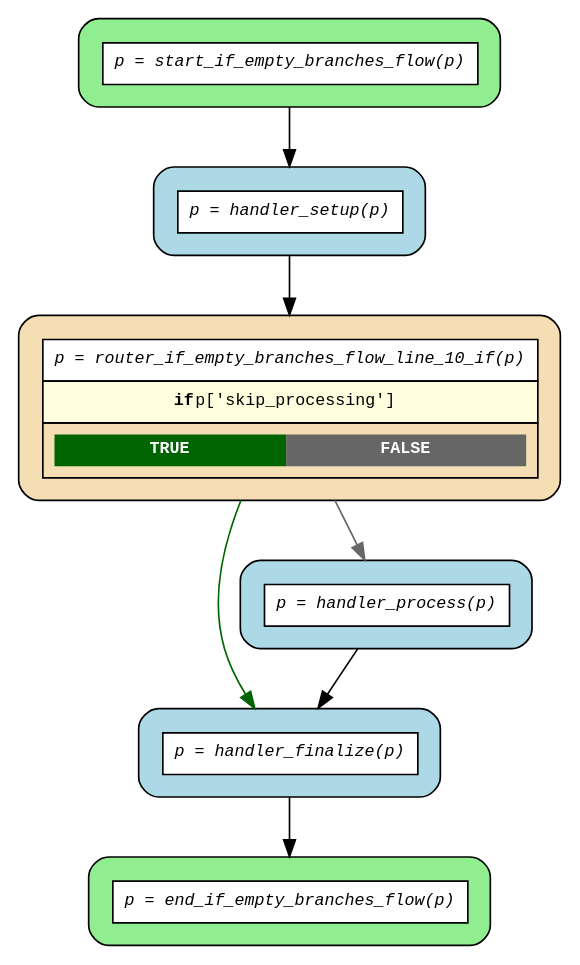
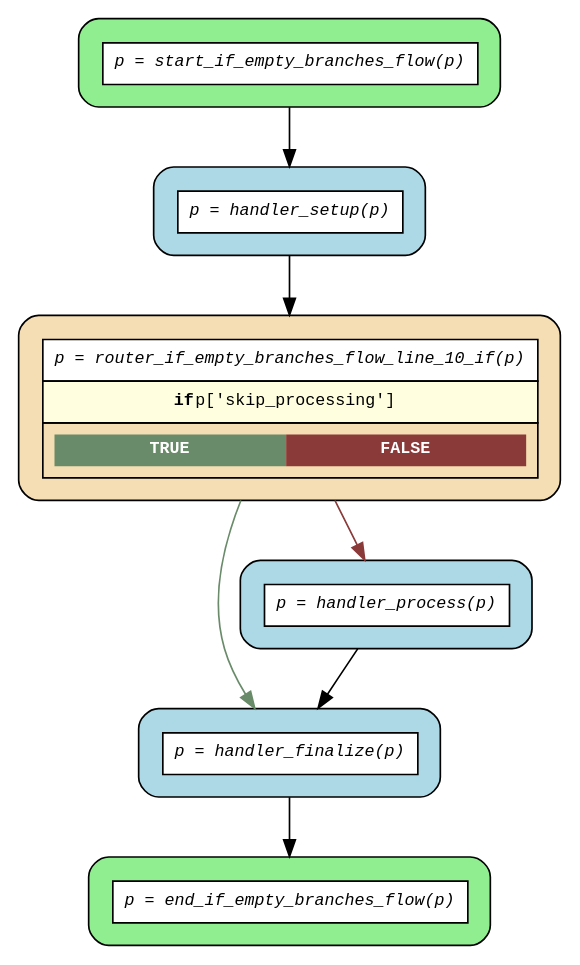
One commit to deliveryhero/asya changed the diagram in examples/flows/compiled/if_one_empty_branch/flow.dot. Above: the diagram before and after it, drawn with Graphviz. The commit also changed 59 other files, not shown here.

```diff
--- a/examples/flows/compiled/if_one_empty_branch/flow.dot
+++ b/examples/flows/compiled/if_one_empty_branch/flow.dot
@@ -1,20 +1,20 @@
 digraph flow {
   rankdir=TB;
   graph [fontname="Courier", fontsize=10];
   node [fontname="Courier", fontsize=10, shape=box, style="filled,rounded", margin="0.2"];
   edge [fontname="Courier", fontsize=10];
 
   start_if_empty_branches_flow [fillcolor="lightgreen", label=<<table border="0" cellspacing="0" cellpadding="6" cellborder="1"><tr><td bgcolor="white" align="center"><i>p = start_if_empty_branches_flow(p)</i></td></tr></table>>];
-  router_if_empty_branches_flow_line_10_if [fillcolor="wheat", label=<<table border="0" cellspacing="0" cellpadding="6" cellborder="1"><tr><td bgcolor="white" align="center"><i>p = router_if_empty_branches_flow_line_10_if(p)</i></td></tr><tr><td bgcolor="lightyellow"><b>if</b> p['skip_processing']</td></tr><tr><td><table border="0" cellspacing="0" cellpadding="4"><tr><td bgcolor="darkgreen"><font color="white"><b>TRUE</b></font></td><td bgcolor="gray40"><font color="white"><b>FALSE</b></font></td></tr></table></td></tr></table>>];
+  router_if_empty_branches_flow_line_10_if [fillcolor="wheat", label=<<table border="0" cellspacing="0" cellpadding="6" cellborder="1"><tr><td bgcolor="white" align="center"><i>p = router_if_empty_branches_flow_line_10_if(p)</i></td></tr><tr><td bgcolor="lightyellow"><b>if</b> p['skip_processing']</td></tr><tr><td><table border="0" cellspacing="0" cellpadding="4"><tr><td bgcolor="darkseagreen4"><font color="white"><b>TRUE</b></font></td><td bgcolor="indianred4"><font color="white"><b>FALSE</b></font></td></tr></table></td></tr></table>>];
   end_if_empty_branches_flow [fillcolor="lightgreen", label=<<table border="0" cellspacing="0" cellpadding="6" cellborder="1"><tr><td bgcolor="white" align="center"><i>p = end_if_empty_branches_flow(p)</i></td></tr></table>>];
   handler_finalize [fillcolor="lightblue", label=<<table border="0" cellspacing="0" cellpadding="6" cellborder="1"><tr><td bgcolor="white" align="center"><i>p = handler_finalize(p)</i></td></tr></table>>];
   handler_process [fillcolor="lightblue", label=<<table border="0" cellspacing="0" cellpadding="6" cellborder="1"><tr><td bgcolor="white" align="center"><i>p = handler_process(p)</i></td></tr></table>>];
   handler_setup [fillcolor="lightblue", label=<<table border="0" cellspacing="0" cellpadding="6" cellborder="1"><tr><td bgcolor="white" align="center"><i>p = handler_setup(p)</i></td></tr></table>>];
 
   handler_finalize -> end_if_empty_branches_flow;
   handler_process -> handler_finalize;
   handler_setup -> router_if_empty_branches_flow_line_10_if;
-  router_if_empty_branches_flow_line_10_if -> handler_finalize [color=darkgreen];
-  router_if_empty_branches_flow_line_10_if -> handler_process [color=gray40];
+  router_if_empty_branches_flow_line_10_if -> handler_finalize [color=darkseagreen4];
+  router_if_empty_branches_flow_line_10_if -> handler_process [color=indianred4];
   start_if_empty_branches_flow -> handler_setup;
 }
```
